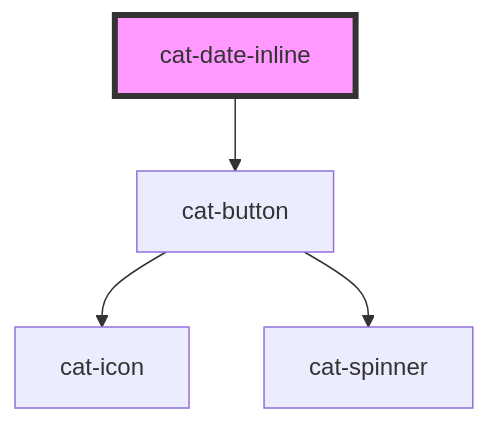
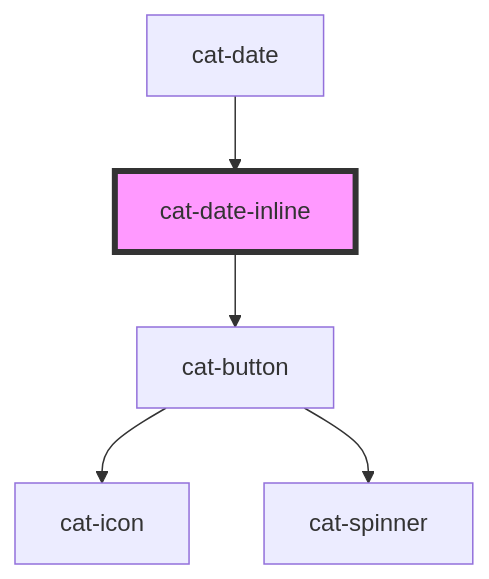
One commit to haiilo/catalyst changed the diagram in core/src/components/cat-date-inline/readme.md. Above: the diagram before and after it, drawn with Mermaid. The commit also changed other lines of this file and 7 other files, not shown here.

````diff
--- a/core/src/components/cat-date-inline/readme.md
+++ b/core/src/components/cat-date-inline/readme.md
@@ -65,7 +79,8 @@
 ```mermaid
 graph TD;
   cat-date-inline --> cat-button
   cat-button --> cat-icon
   cat-button --> cat-spinner
+  cat-date --> cat-date-inline
   style cat-date-inline fill:#f9f,stroke:#333,stroke-width:4px
 ```
````
